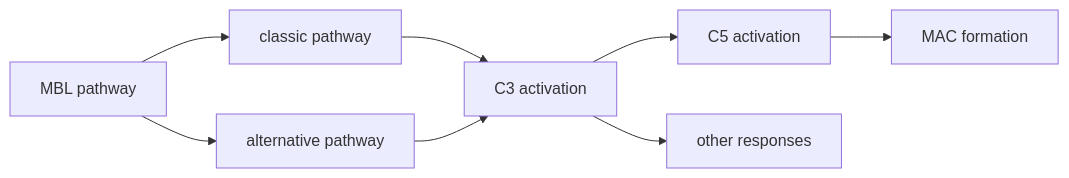
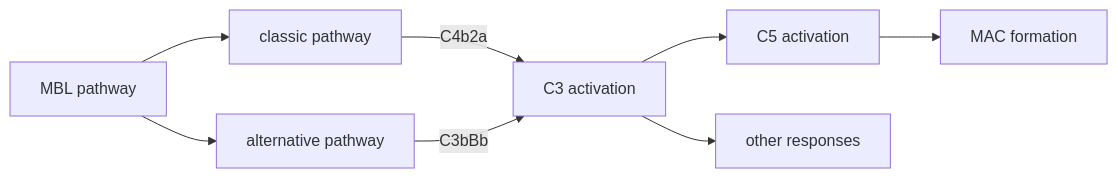
The fifth of 14 diagrams in course/molecular-immunology/molecular-immunology.md (gxf1212/notes), drawn with Mermaid before and after one commit. The commit also changed other lines of this file and 1 other file, not shown here.

````diff
--- a/course/molecular-immunology/molecular-immunology.md
+++ b/course/molecular-immunology/molecular-immunology.md
@@ -743,10 +756,10 @@
 ```mermaid
 graph LR
-c[classic pathway] --> c3[C3 activation]
-a[alternative pathway] --> c3
+c[classic pathway] --C4b2a--> c3[C3 activation]
+a[alternative pathway] --C3bBb--> c3
 m[MBL pathway] --> c
 m[MBL pathway] --> a
 c3 --> c5[C5 activation]
 c5 --> mac[MAC formation]
 c3 --> o[other responses]
 ```
````
